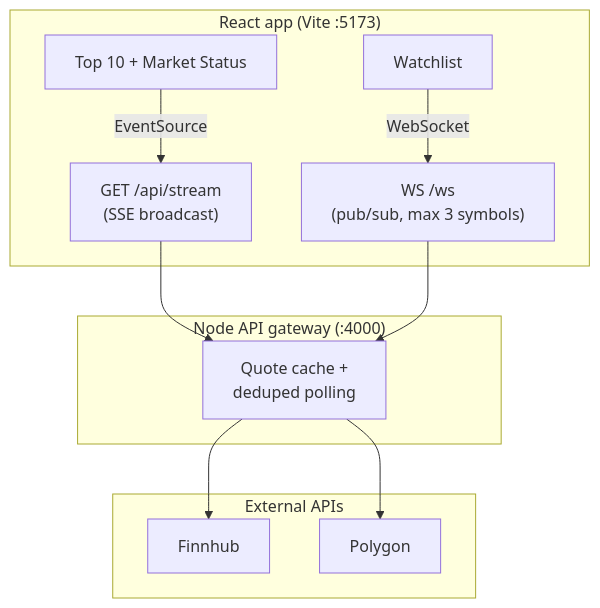
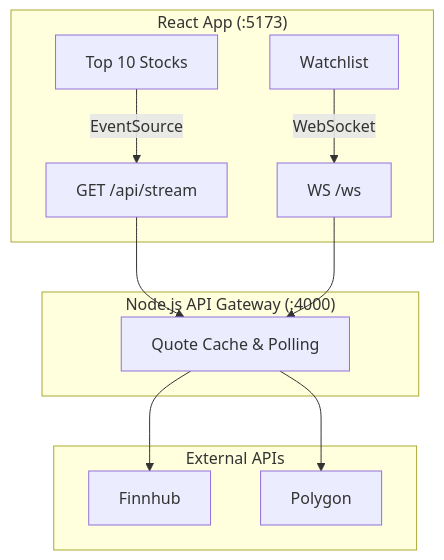
The diagram in README.md (allentronix/stocks_tracker), drawn with Mermaid before and after one commit. The commit also changed other lines of this file, not shown here.

````diff
--- a/README.md
+++ b/README.md
@@ -47,25 +53,26 @@
 ```mermaid
 flowchart TB
-  subgraph Browser["React app (Vite :5173)"]
-    TopTen["Top 10 + Market Status"]
+  subgraph Browser["React App (:5173)"]
+    TopTen["Top 10 Stocks"]
     Watchlist["Watchlist"]
     TopTen -->|EventSource| SSE
     Watchlist -->|WebSocket| WS
   end
 
-  subgraph Gateway["Node API gateway (:4000)"]
-    SSE["GET /api/stream\n(SSE broadcast)"]
-    WS["WS /ws\n(pub/sub, max 3 symbols)"]
-    Cache["Quote cache +\ndeduped polling"]
+  subgraph Gateway["Node.js API Gateway (:4000)"]
+    SSE["GET /api/stream"]
+    WS["WS /ws"]
+    Cache["Quote Cache & Polling"]
+
     SSE --> Cache
     WS --> Cache
   end
 
-  subgraph Upstream["External APIs"]
+  subgraph APIs["External APIs"]
     Finnhub
     Polygon
   end
 
   Cache --> Finnhub
   Cache --> Polygon
 ```
````
